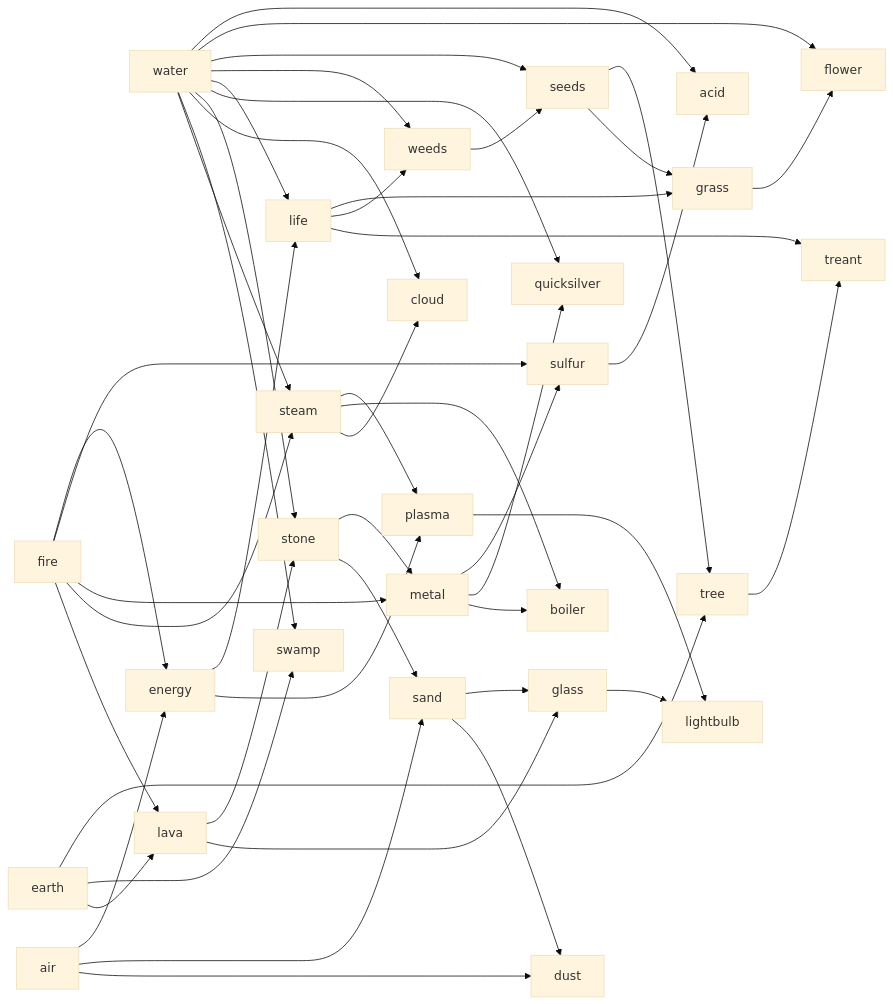
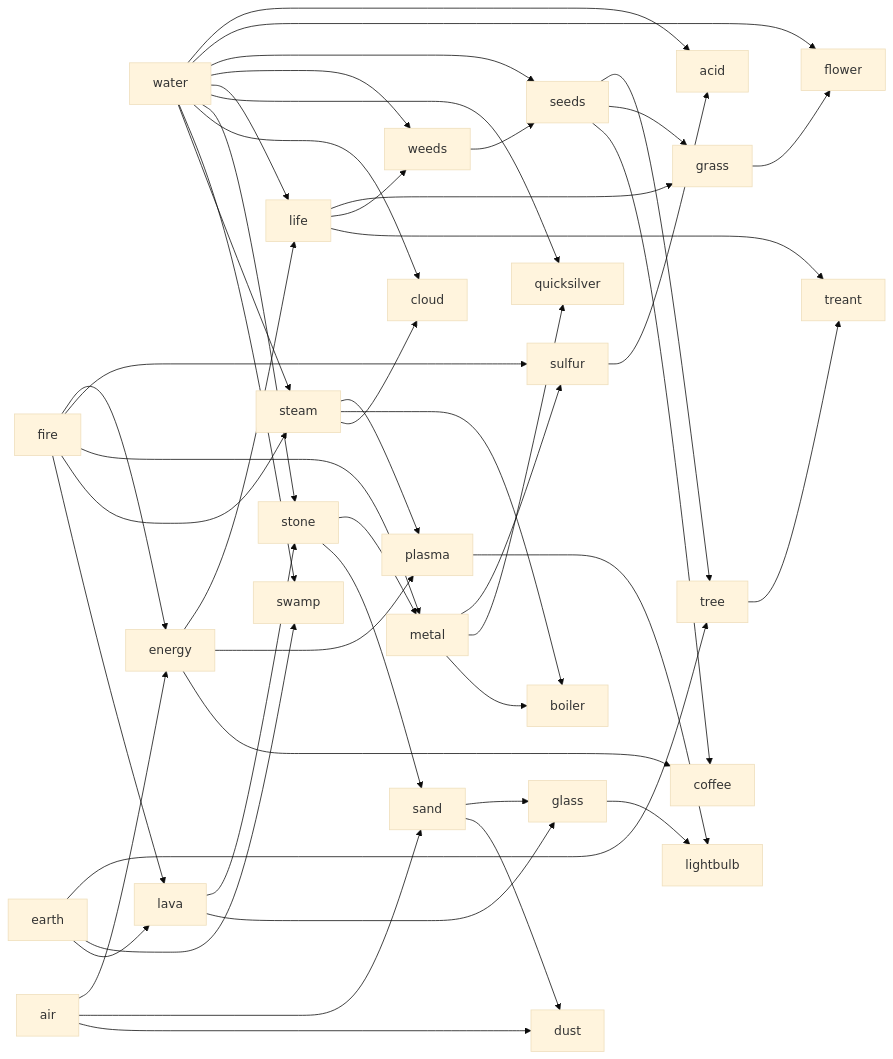
Before and after one commit to res0nat0r/doodle-god: the diagram in README.md, drawn with Mermaid (base theme).

````diff
--- a/README.md
+++ b/README.md
@@ -4,72 +4,75 @@
 ```mermaid
 graph LR
 
 sulfur -->  acid
 water --> acid
 
 seeds --> tree
 earth --> tree
 
 grass --> flower
 water --> flower
 
 seeds --> grass
 life --> grass
 
 weeds --> seeds
 water --> seeds
 
 life --> weeds
 water --> weeds
 
 energy --> life
 water --> life
 
 energy --> plasma
 steam --> plasma
 
 fire --> energy
 air --> energy
 
 metal --> sulfur
 fire --> sulfur
 
 metal --> quicksilver
 water --> quicksilver
 
 metal --> boiler
 steam --> boiler
 
 stone --> metal
 fire --> metal
 
 lava --> stone
 water --> stone
 
 water --> cloud
 steam --> cloud
 
 earth --> swamp
 water --> swamp
 
 water --> steam
 fire --> steam
 
 fire --> lava
 earth --> lava
 
 tree --> treant
 life --> treant
 
 stone --> sand
 air --> sand
 
 sand --> glass
 lava --> glass
 
 sand --> dust
 air --> dust
 
 glass --> lightbulb
 plasma --> lightbulb
+
+seeds --> coffee
+energy --> coffee
 ```
````
